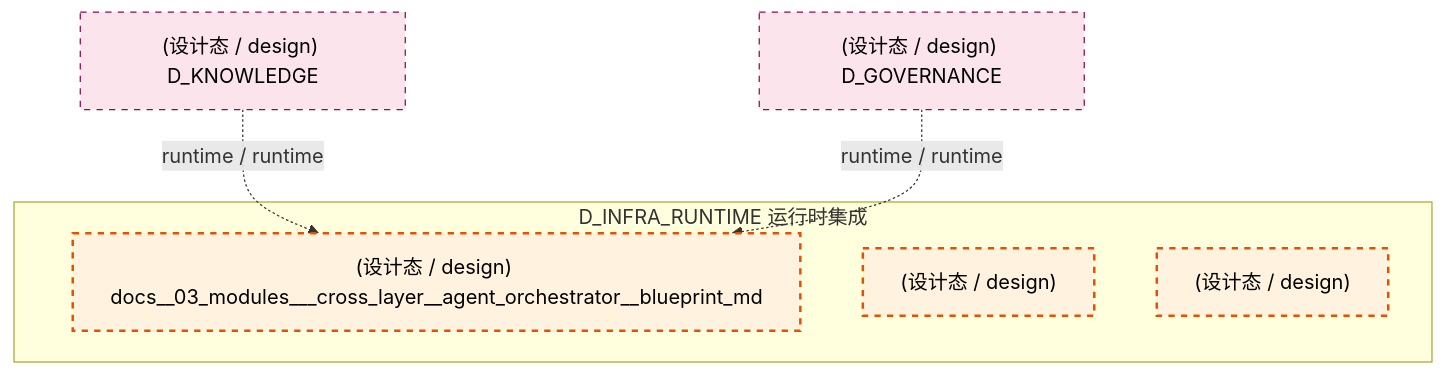
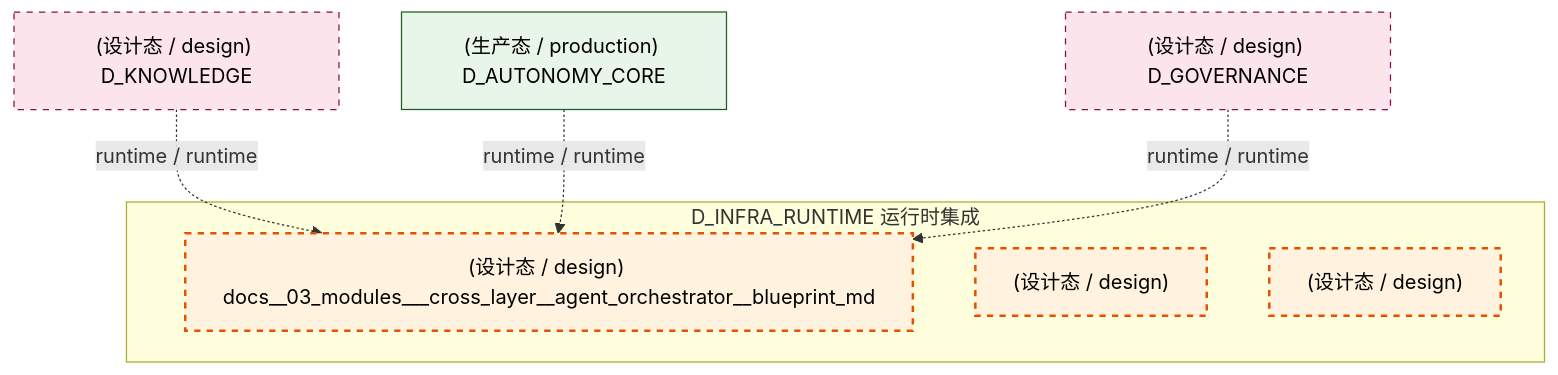
Before and after one commit to xuanFelixVan/ZephyrAlpha: the seventh of 9 diagrams in docs/02_enterprise_architecture/02_domain_architecture_docs/04_d_infra_runtime.md, drawn with Mermaid. The commit also changed other lines of this file and 100 other files, not shown here.

````diff
--- a/docs/02_enterprise_architecture/02_domain_architecture_docs/04_d_infra_runtime.md
+++ b/docs/02_enterprise_architecture/02_domain_architecture_docs/04_d_infra_runtime.md
@@ -879,18 +885,21 @@
 ```mermaid
 graph TD
     subgraph D_INFRA_RUNTIME["D_INFRA_RUNTIME 运行时集成"]
         docs_03_modules_cross_layer_agent_orchestrator_blueprint_md["(设计态 / design) docs__03_modules___cross_layer__agent_orchestrator__blueprint_md"]
         docs_03_modules_cross_layer_shared_core_contracts_blueprint_md["(设计态 / design) "]
         docs_03_modules_cross_layer_shared_core_shared_infra_blueprint_md["(设计态 / design) "]
     end
     D_KNOWLEDGE["(设计态 / design) D_KNOWLEDGE"]
     D_KNOWLEDGE -.->|runtime / runtime| docs_03_modules_cross_layer_agent_orchestrator_blueprint_md
+    D_AUTONOMY_CORE["(生产态 / production) D_AUTONOMY_CORE"]
+    D_AUTONOMY_CORE -.->|runtime / runtime| docs_03_modules_cross_layer_agent_orchestrator_blueprint_md
     D_GOVERNANCE["(设计态 / design) D_GOVERNANCE"]
     D_GOVERNANCE -.->|runtime / runtime| docs_03_modules_cross_layer_agent_orchestrator_blueprint_md
     classDef production fill:#e1f5fe,stroke:#01579b,stroke-width:2px,color:#000
     classDef design fill:#fff3e0,stroke:#e65100,stroke-width:2px,color:#000,stroke-dasharray: 5 5
     classDef external_prod fill:#e8f5e9,stroke:#1b5e20,stroke-width:1px,color:#000
     classDef external_design fill:#fce4ec,stroke:#880e4f,stroke-width:1px,color:#000,stroke-dasharray: 5 5
     class docs_03_modules_cross_layer_agent_orchestrator_blueprint_md,docs_03_modules_cross_layer_shared_core_contracts_blueprint_md,docs_03_modules_cross_layer_shared_core_shared_infra_blueprint_md design
+    class D_AUTONOMY_CORE external_prod
     class D_KNOWLEDGE,D_GOVERNANCE external_design
 ```
````
